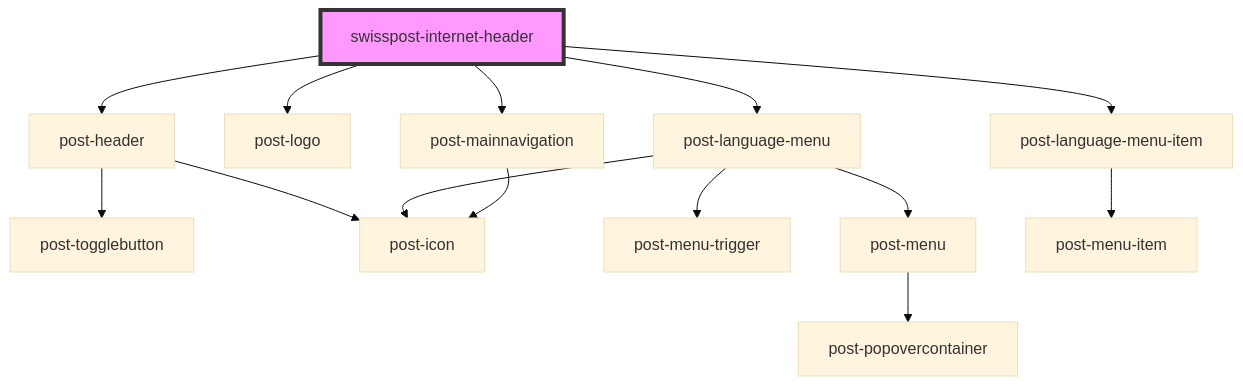
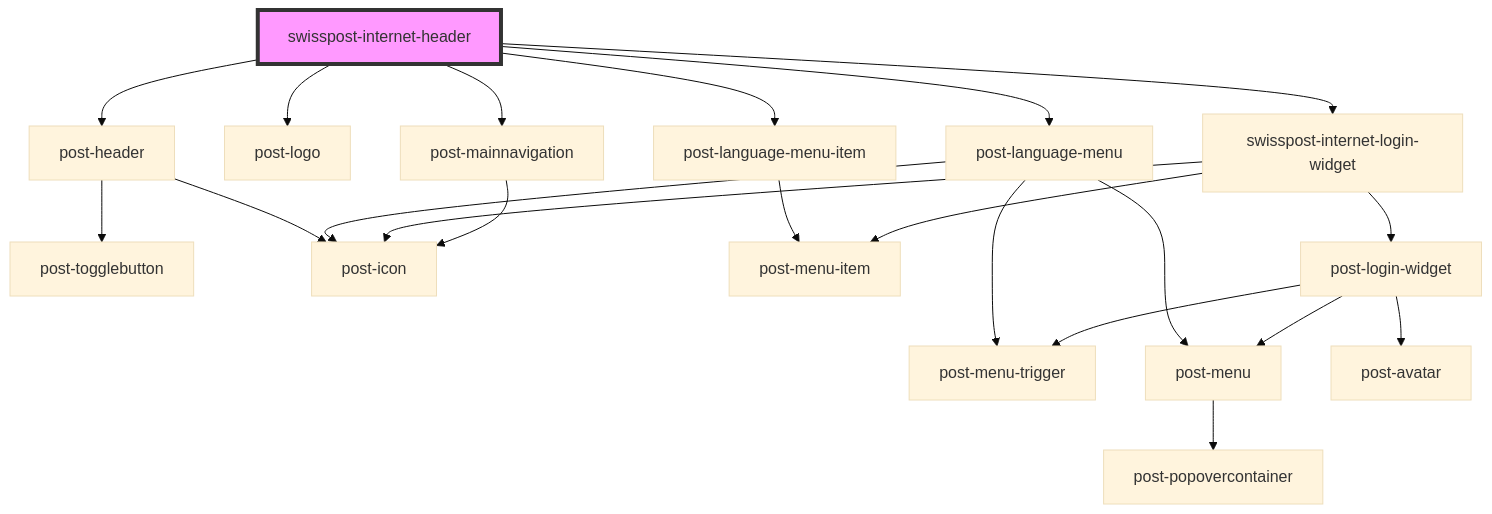
Before and after one commit to swisspost/design-system: the diagram in packages/internet-header/src/components/post-internet-header/readme.md, drawn with Mermaid (base theme). The commit also changed other lines of this file and 12 other files, not shown here.

Commit message:
feat(internet-header): add `post-internet-login-widget` component

````diff
--- a/packages/internet-header/src/components/post-internet-header/readme.md
+++ b/packages/internet-header/src/components/post-internet-header/readme.md
@@ -43,17 +45,24 @@
 ```mermaid
 graph TD;
   swisspost-internet-header --> post-header
   swisspost-internet-header --> post-logo
   swisspost-internet-header --> post-language-menu
   swisspost-internet-header --> post-language-menu-item
+  swisspost-internet-header --> swisspost-internet-login-widget
   swisspost-internet-header --> post-mainnavigation
   post-header --> post-togglebutton
   post-header --> post-icon
   post-language-menu --> post-menu-trigger
   post-language-menu --> post-icon
   post-language-menu --> post-menu
   post-menu --> post-popovercontainer
   post-language-menu-item --> post-menu-item
+  swisspost-internet-login-widget --> post-login-widget
+  swisspost-internet-login-widget --> post-menu-item
+  swisspost-internet-login-widget --> post-icon
+  post-login-widget --> post-menu-trigger
+  post-login-widget --> post-avatar
+  post-login-widget --> post-menu
   post-mainnavigation --> post-icon
   style swisspost-internet-header fill:#f9f,stroke:#333,stroke-width:4px
 ```
````
